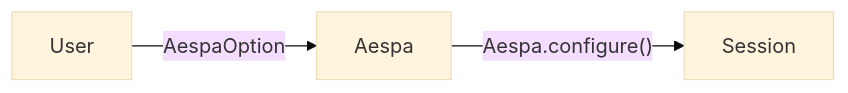
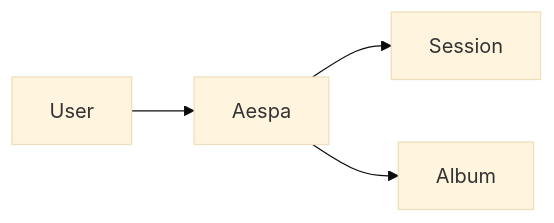
Before and after one commit to enebin/Aespa: the second of 4 diagrams in README.md, drawn with Mermaid (base theme). The commit also changed other lines of this file, not shown here.

````diff
--- a/README.md
+++ b/README.md
@@ -71,4 +68,4 @@
 ``` mermaid
 graph LR
-   User --"AespaOption"--> Aespa --"Aespa.configure()"--> Session
+   User --> Aespa --> Session & Album
 ```
````
